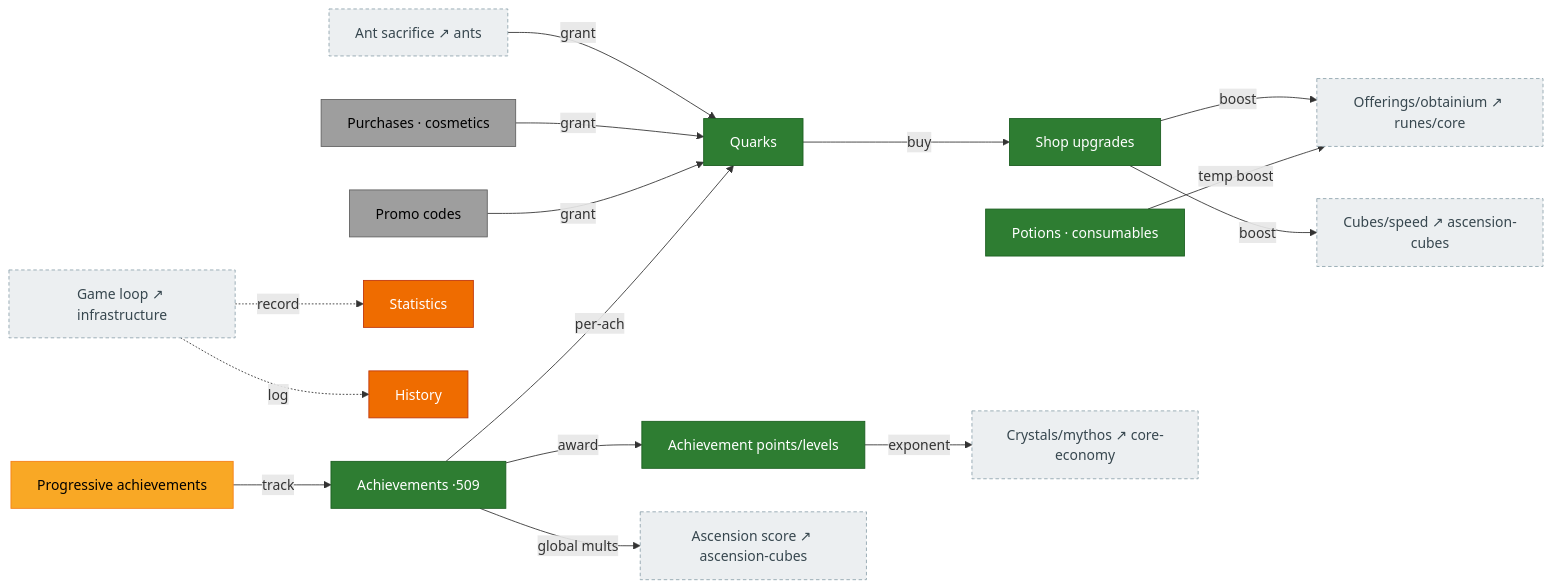
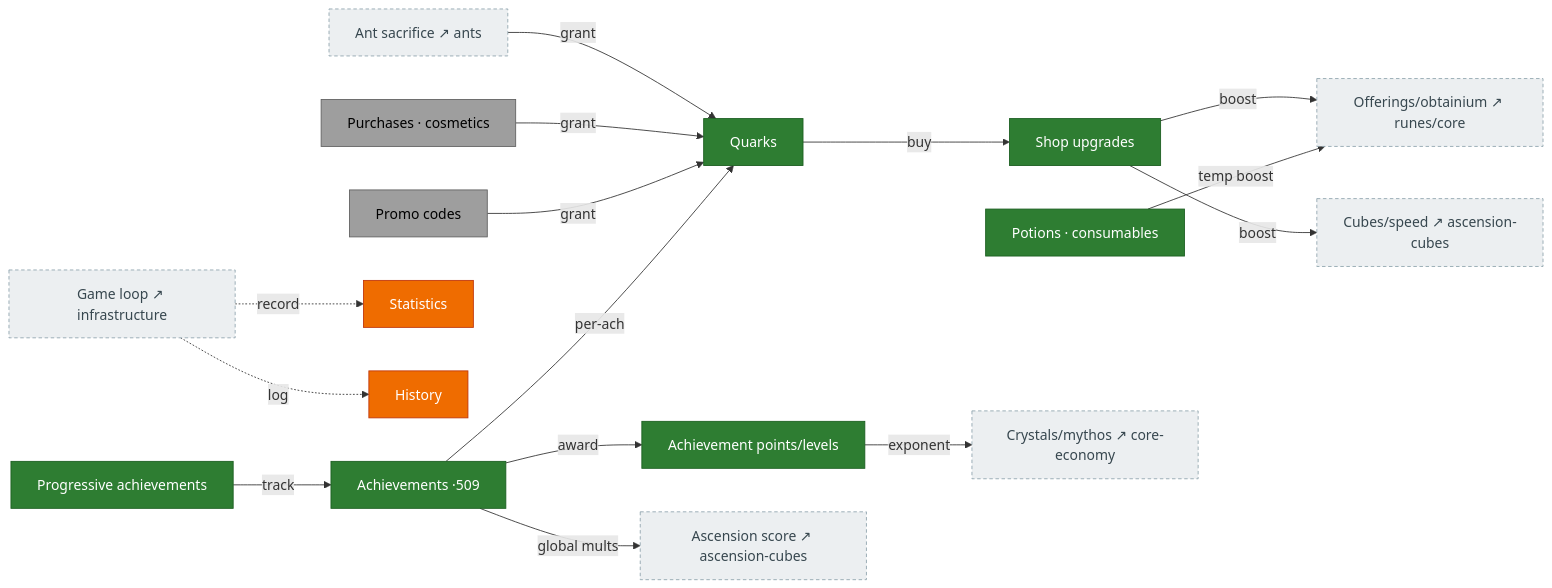
The diagram in docs/systems/meta-economy.md (MaddisonM79/synergism_forkd), drawn with Mermaid before and after one commit. The commit also changed other lines of this file and 1 other file, not shown here.

First line of the commit message:
docs(systems): re-status campaign tokens, progressive slots, ungrouped awards

````diff
--- a/docs/systems/meta-economy.md
+++ b/docs/systems/meta-economy.md
@@ -10,42 +10,42 @@
 ```mermaid
 flowchart LR
   classDef ported fill:#2e7d32,color:#fff,stroke:#1b5e20;
   classDef partial fill:#f9a825,color:#000,stroke:#f57f17;
   classDef stub fill:#ef6c00,color:#fff,stroke:#bf360c;
   classDef absent fill:#9e9e9e,color:#000,stroke:#616161;
   classDef bug fill:#f9a825,color:#000,stroke:#d50000,stroke-width:3px;
   classDef ext fill:#eceff1,color:#37474f,stroke:#90a4ae,stroke-dasharray:4 3;
 
   quarks["Quarks"]:::ported
   shopUpg["Shop upgrades"]:::ported
   potions["Potions · consumables"]:::ported
   purchases["Purchases · cosmetics"]:::absent
   codes["Promo codes"]:::absent
   achievements["Achievements ·509"]:::ported
   achPoints["Achievement points/levels"]:::ported
-  progAch["Progressive achievements"]:::partial
+  progAch["Progressive achievements"]:::ported
   statistics["Statistics"]:::stub
   history["History"]:::stub
 
   antSac["Ant sacrifice ↗ ants"]:::ext
   off["Offerings/obtainium ↗ runes/core"]:::ext
   cubes["Cubes/speed ↗ ascension-cubes"]:::ext
   crystals["Crystals/mythos ↗ core-economy"]:::ext
   score["Ascension score ↗ ascension-cubes"]:::ext
   gameLoop["Game loop ↗ infrastructure"]:::ext
 
   antSac -->|"grant"| quarks
   purchases -->|"grant"| quarks
   codes -->|"grant"| quarks
   achievements -->|"per-ach"| quarks
   quarks -->|"buy"| shopUpg
   shopUpg -->|"boost"| off
   shopUpg -->|"boost"| cubes
   potions -->|"temp boost"| off
   achievements -->|"award"| achPoints
   achPoints -->|"exponent"| crystals
   achievements -->|"global mults"| score
   progAch -->|"track"| achievements
   gameLoop -.->|"record"| statistics
   gameLoop -.->|"log"| history
 ```
````
